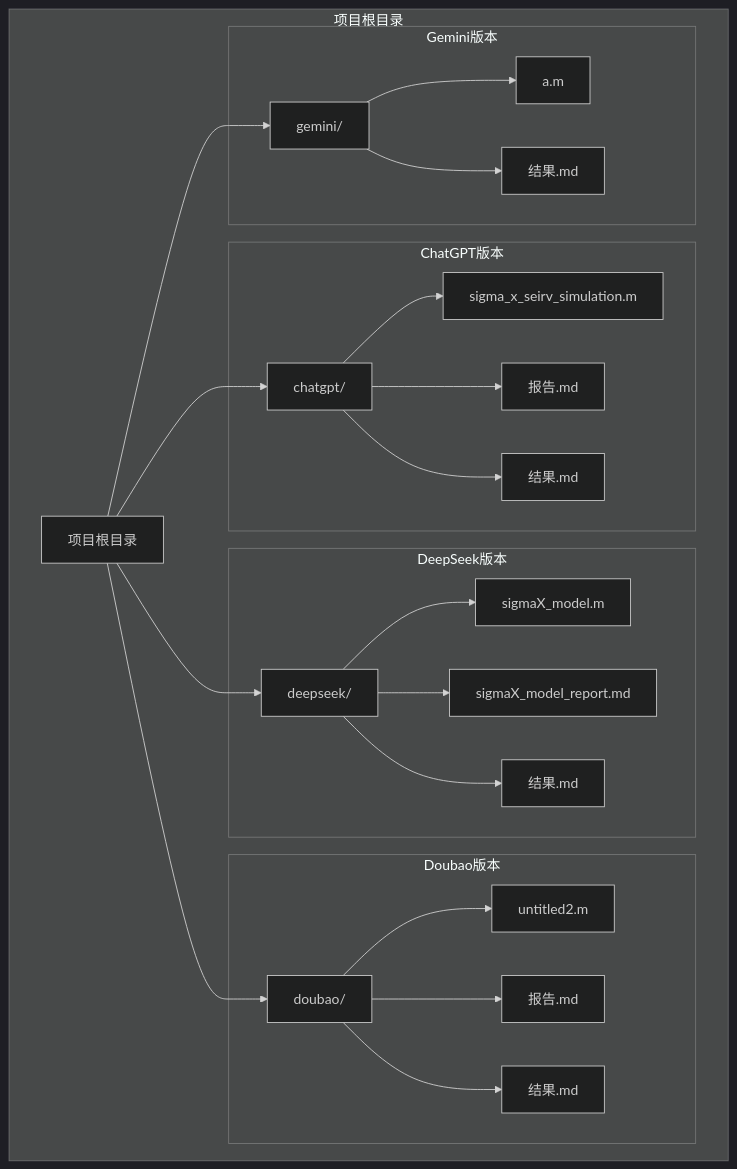
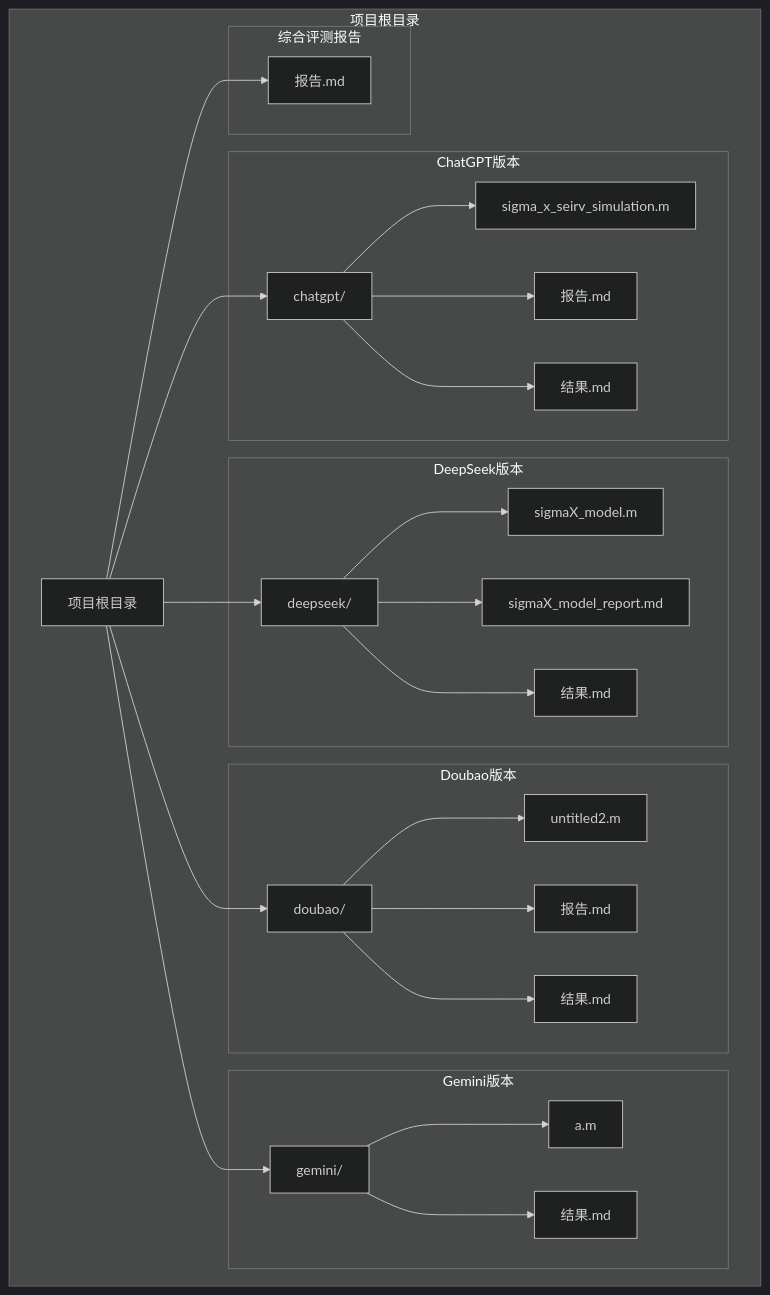
One commit to wjmwjmwjm123/matlab changed the first of 6 diagrams in .qoder/repowiki/zh/content/多版本对比分析.md. Above: the diagram before and after it, drawn with Mermaid (dark theme). The commit also changed other lines of this file and 3 other files, not shown here.

````diff
--- a/.qoder/repowiki/zh/content/多版本对比分析.md
+++ b/.qoder/repowiki/zh/content/多版本对比分析.md
@@ -40,44 +53,48 @@
 ```mermaid
 graph TB
 subgraph "项目根目录"
 Root[项目根目录]
 subgraph "ChatGPT版本"
 ChatGPT[chatgpt/]
 ChatGPTCode[sigma_x_seirv_simulation.m]
 ChatGPTReport[报告.md]
 ChatGPTResult[结果.md]
 end
 subgraph "DeepSeek版本"
 DeepSeek[deepseek/]
 DeepSeekCode[sigmaX_model.m]
 DeepSeekReport[sigmaX_model_report.md]
 DeepSeekResult[结果.md]
 end
 subgraph "Doubao版本"
 Doubao[doubao/]
 DoubaoCode[untitled2.m]
 DoubaoReport[报告.md]
 DoubaoResult[结果.md]
 end
 subgraph "Gemini版本"
 Gemini[gemini/]
 GeminiCode[a.m]
 GeminiResult[结果.md]
 end
+subgraph "综合评测报告"
+Report[报告.md]
+end
 end
 Root --> ChatGPT
 Root --> DeepSeek
 Root --> Doubao
 Root --> Gemini
+Root --> Report
 ChatGPT --> ChatGPTCode
 ChatGPT --> ChatGPTReport
 ChatGPT --> ChatGPTResult
 DeepSeek --> DeepSeekCode
 DeepSeek --> DeepSeekReport
 DeepSeek --> DeepSeekResult
 Doubao --> DoubaoCode
 Doubao --> DoubaoReport
 Doubao --> DoubaoResult
 Gemini --> GeminiCode
 Gemini --> GeminiResult
 ```
````
